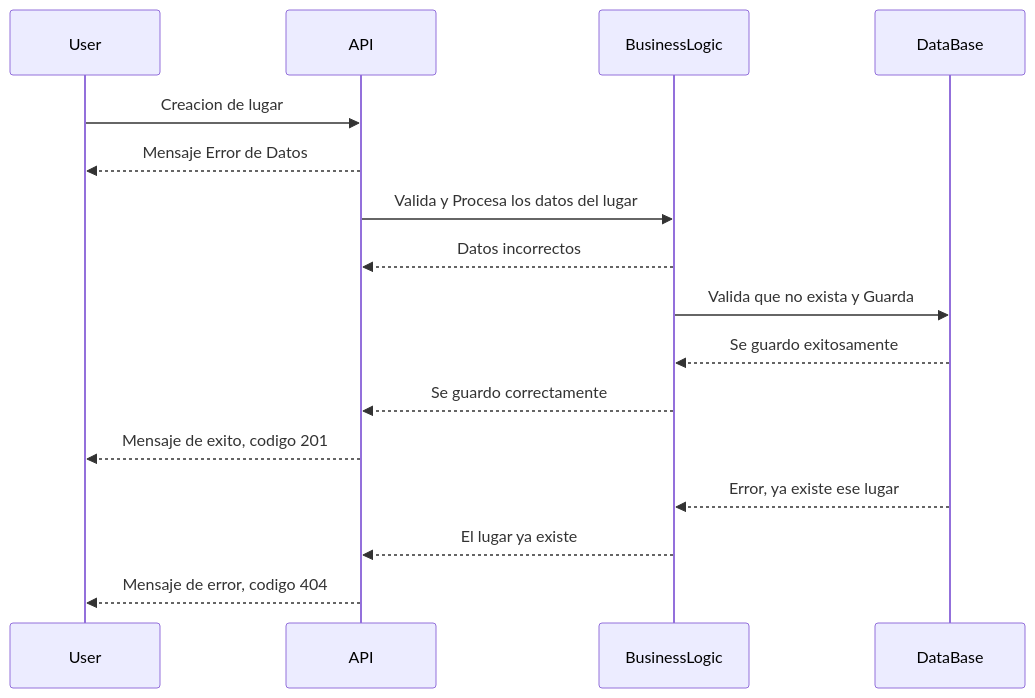
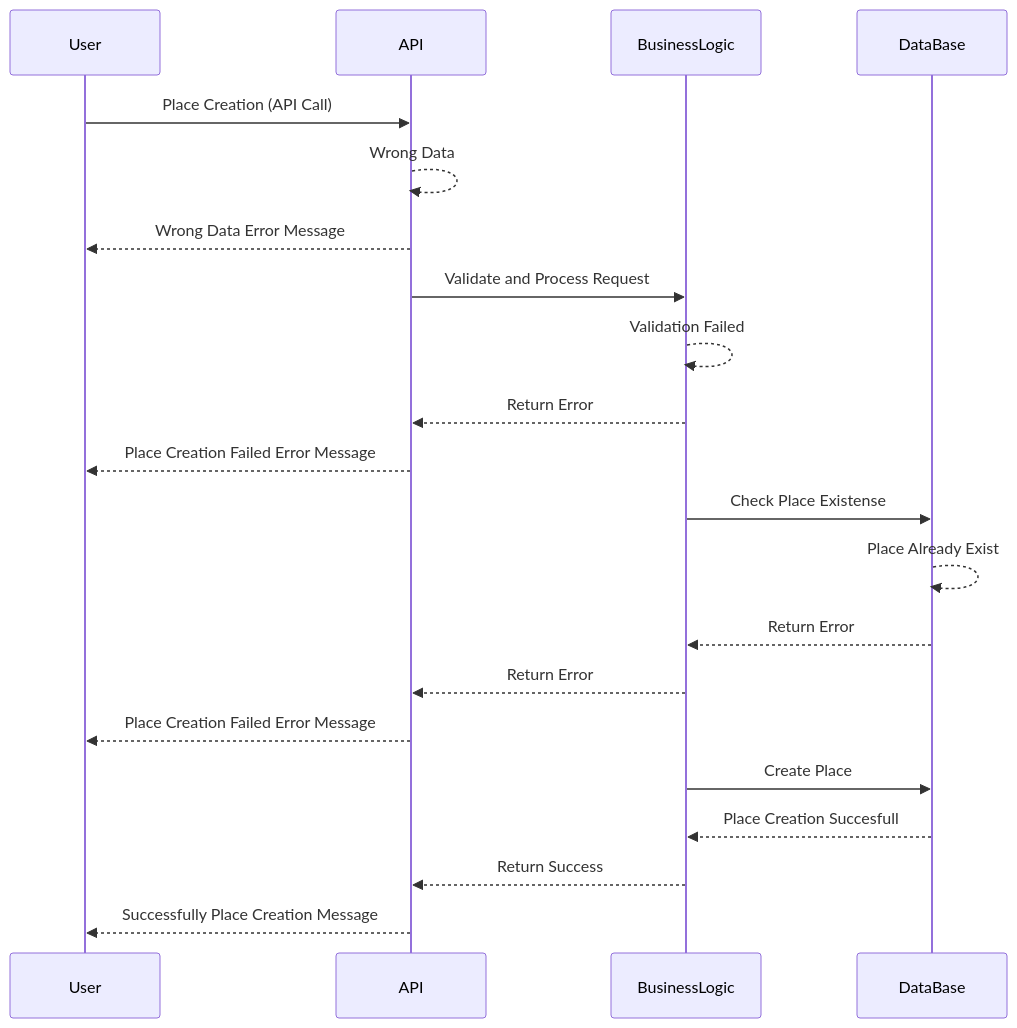
Before and after one commit to feratholberton/holbertonschool-hbnb: the fourth of 6 diagrams in README.md, drawn with Mermaid. The commit also changed other lines of this file, not shown here.

Commit message:
Place Creation sequence

````diff
--- a/README.md
+++ b/README.md
@@ -177,19 +177,28 @@
 ```mermaid
 sequenceDiagram
-  participant User as User
-  participant API as API
-  participant BusinessLogic as BusinessLogic
-  participant DataBase as DataBase
-  User ->> API: Creacion de lugar
-  API -->> User: Mensaje Error de Datos 
-  API ->> BusinessLogic: Valida y Procesa los datos del lugar
-  BusinessLogic -->> API: Datos incorrectos
-  BusinessLogic ->> DataBase: Valida que no exista y Guarda
-  DataBase -->> BusinessLogic: Se guardo exitosamente
-  BusinessLogic -->> API: Se guardo correctamente
-  API -->> User: Mensaje de exito, codigo 201
-  DataBase -->> BusinessLogic: Error, ya existe ese lugar
-  BusinessLogic -->> API: El lugar ya existe
-  API -->> User: Mensaje de error, codigo 404
+  participant User
+  participant API
+  participant BusinessLogic
+  participant DataBase
+  
+  User ->> API: Place Creation (API Call)
+  API -->> API: Wrong Data
+  API -->> User: Wrong Data Error Message
+  
+  API ->> BusinessLogic : Validate and Process Request
+  BusinessLogic -->> BusinessLogic : Validation Failed
+  BusinessLogic -->> API : Return Error
+  API -->> User : Place Creation Failed Error Message
+
+  BusinessLogic ->> DataBase : Check Place Existense
+  DataBase -->> DataBase : Place Already Exist
+  DataBase -->> BusinessLogic: Return Error
+  BusinessLogic -->> API: Return Error
+  API -->> User: Place Creation Failed Error Message
+  
+  BusinessLogic ->> DataBase : Create Place
+  DataBase -->> BusinessLogic: Place Creation Succesfull
+  BusinessLogic -->> API: Return Success
+  API -->> User: Successfully Place Creation Message
 
 ```
````
